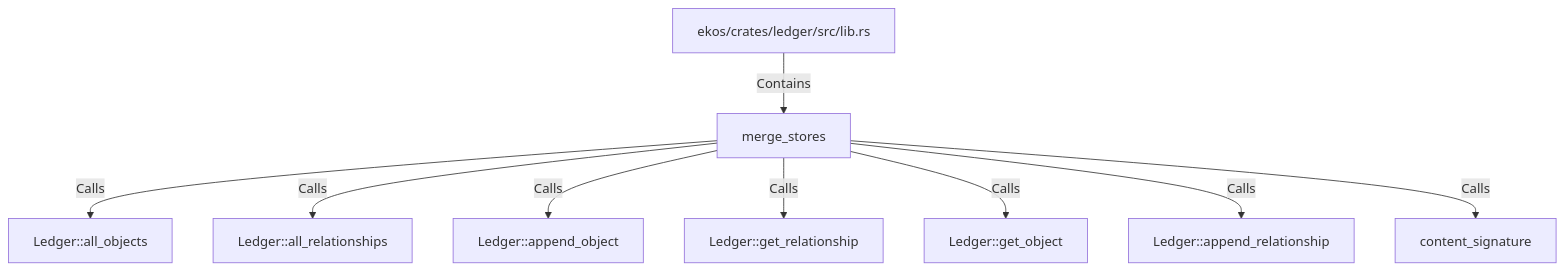
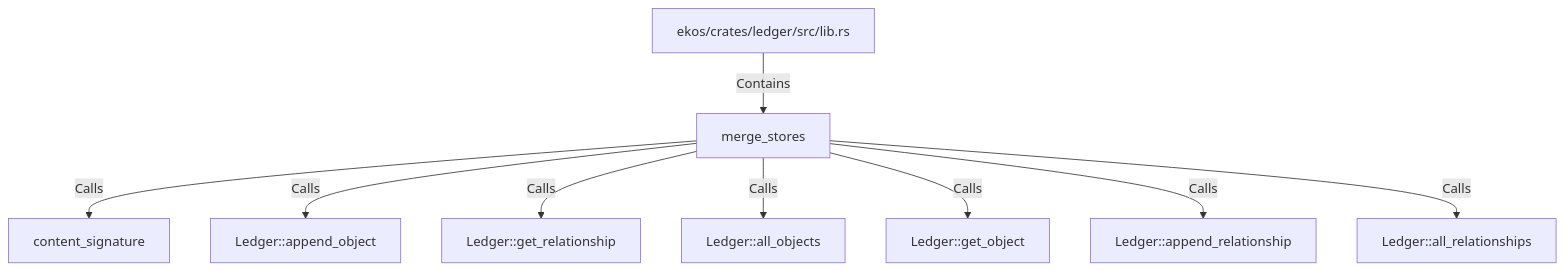
One commit to alexeyban/EKOS changed the diagram in doc/entities/rustsymbol/me/merge-stores.md. Above: the diagram before and after it, drawn with Mermaid. The commit also changed other lines of this file and 552 other files, not shown here.

````diff
--- a/doc/entities/rustsymbol/me/merge-stores.md
+++ b/doc/entities/rustsymbol/me/merge-stores.md
@@ -27,20 +27,20 @@
 ```mermaid
 graph TD
     n35e9663b3b6d50ecad169721c45eb3d1["merge_stores"]
     n21938f45b76759339e7112e15ff53eb1["ekos/crates/ledger/src/lib.rs"]
     n21938f45b76759339e7112e15ff53eb1 -->|Contains| n35e9663b3b6d50ecad169721c45eb3d1
-    nd640b0e7cfd156938c96022d84598df3["Ledger::all_objects"]
-    n35e9663b3b6d50ecad169721c45eb3d1 -->|Calls| nd640b0e7cfd156938c96022d84598df3
-    na4b19ba42ef550a4a90e2107e783f4c8["Ledger::all_relationships"]
-    n35e9663b3b6d50ecad169721c45eb3d1 -->|Calls| na4b19ba42ef550a4a90e2107e783f4c8
+    n66c7da4870e557fb98825a5b05933963["content_signature"]
+    n35e9663b3b6d50ecad169721c45eb3d1 -->|Calls| n66c7da4870e557fb98825a5b05933963
     nb71bb7ad337a518f9b6e316178f45928["Ledger::append_object"]
     n35e9663b3b6d50ecad169721c45eb3d1 -->|Calls| nb71bb7ad337a518f9b6e316178f45928
     nc9bf94485b9056cbb8bb9a80138af70e["Ledger::get_relationship"]
     n35e9663b3b6d50ecad169721c45eb3d1 -->|Calls| nc9bf94485b9056cbb8bb9a80138af70e
+    nd640b0e7cfd156938c96022d84598df3["Ledger::all_objects"]
+    n35e9663b3b6d50ecad169721c45eb3d1 -->|Calls| nd640b0e7cfd156938c96022d84598df3
     nbc4b77e96e8d54b0aa9a8fc066a535b3["Ledger::get_object"]
     n35e9663b3b6d50ecad169721c45eb3d1 -->|Calls| nbc4b77e96e8d54b0aa9a8fc066a535b3
     n7cfea3496f7b55018b201291291d672b["Ledger::append_relationship"]
     n35e9663b3b6d50ecad169721c45eb3d1 -->|Calls| n7cfea3496f7b55018b201291291d672b
-    n66c7da4870e557fb98825a5b05933963["content_signature"]
-    n35e9663b3b6d50ecad169721c45eb3d1 -->|Calls| n66c7da4870e557fb98825a5b05933963
+    na4b19ba42ef550a4a90e2107e783f4c8["Ledger::all_relationships"]
+    n35e9663b3b6d50ecad169721c45eb3d1 -->|Calls| na4b19ba42ef550a4a90e2107e783f4c8
 ```
````
